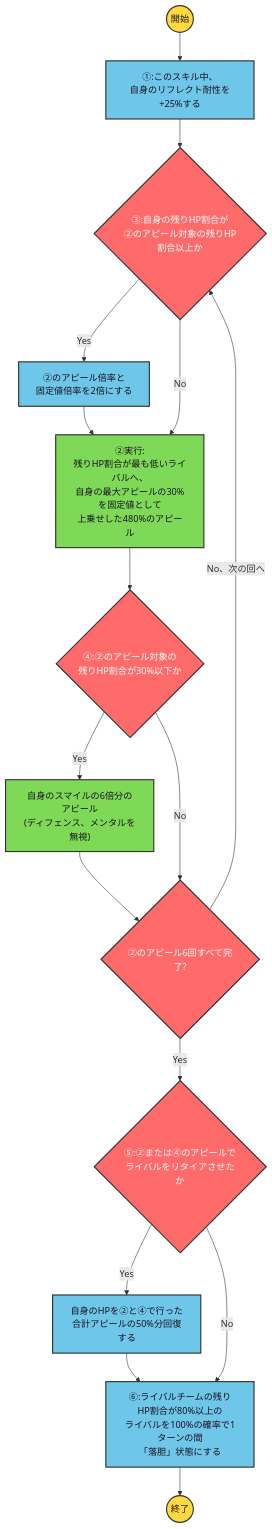
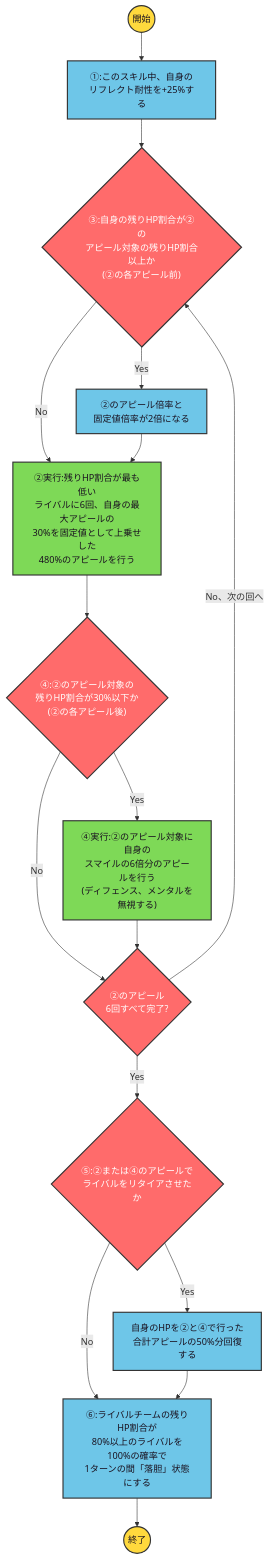
One commit to ryomochi0918/nogifra-characters changed the diagram in data/iwamoto_renka/monopoly_skill2.mmd. Above: the diagram before and after it, drawn with Mermaid. The commit also changed 763 other files, not shown here.

```diff
--- a/data/iwamoto_renka/monopoly_skill2.mmd
+++ b/data/iwamoto_renka/monopoly_skill2.mmd
@@ -1,15 +1,21 @@
 flowchart TD
     classDef startend fill:#FFD93D,stroke:#333,stroke-width:2px,color:#1a1220;
     classDef cond fill:#FF6B6B,stroke:#333,stroke-width:2px,color:#ffffff;
     classDef effect fill:#6EC6E8,stroke:#333,stroke-width:2px,color:#1a1220;
     classDef action fill:#7ED957,stroke:#333,stroke-width:2px,color:#1a1220;
 
-    start(("開始")):::startend --> e1["①:このスキル中、<br/>自身のリフレクト耐性を+25%する"]:::effect --> c3{"③:自身の残りHP割合が<br/>②のアピール対象の残りHP割合以上か"}:::cond
-    c3 -->|"Yes"| e3["②のアピール倍率と<br/>固定値倍率を2倍にする"]:::effect --> a2
-    c3 -->|"No"| a2["②実行:<br/>残りHP割合が最も低いライバルへ、<br/>自身の最大アピールの30%を固定値として<br/>上乗せした480%のアピール"]:::action --> c4{"④:②のアピール対象の<br/>残りHP割合が30%以下か"}:::cond
-    c4 -->|"Yes"| a4["自身のスマイルの6倍分のアピール<br/>(ディフェンス、メンタルを無視)"]:::action --> lc2
-    c4 -->|"No"| lc2{"②のアピール6回すべて完了?"}:::cond
+    start(("開始")):::startend --> e1["①:このスキル中、自身の<br/>リフレクト耐性を+25%する"]:::effect
+    e1 --> c3{"③:自身の残りHP割合が②の<br/>アピール対象の残りHP割合以上か<br/>(②の各アピール前)"}:::cond
+    c3 -->|"Yes"| e3["②のアピール倍率と<br/>固定値倍率が2倍になる"]:::effect
+    c3 -->|"No"| a2["②実行:残りHP割合が最も低い<br/>ライバルに6回、自身の最大アピールの<br/>30%を固定値として上乗せした<br/>480%のアピールを行う"]:::action
+    e3 --> a2
+    a2 --> c4{"④:②のアピール対象の<br/>残りHP割合が30%以下か<br/>(②の各アピール後)"}:::cond
+    c4 -->|"Yes"| a4["④実行:②のアピール対象に自身の<br/>スマイルの6倍分のアピールを行う<br/>(ディフェンス、メンタルを無視する)"]:::action
+    c4 -->|"No"| lc2{"②のアピール<br/>6回すべて完了?"}:::cond
+    a4 --> lc2
+    lc2 -->|"Yes"| c5{"⑤:②または④のアピールで<br/>ライバルをリタイアさせたか"}:::cond
     lc2 -->|"No、次の回へ"| c3
-    lc2 -->|"Yes"| c5{"⑤:②または④のアピールで<br/>ライバルをリタイアさせたか"}:::cond
-    c5 -->|"Yes"| e5["自身のHPを②と④で行った<br/>合計アピールの50%分回復する"]:::effect --> e6
-    c5 -->|"No"| e6["⑥:ライバルチームの残りHP割合が80%以上の<br/>ライバルを100%の確率で1ターンの間<br/>「落胆」状態にする"]:::effect --> finish(("終了")):::startend
+    c5 -->|"Yes"| e5["自身のHPを②と④で行った<br/>合計アピールの50%分回復する"]:::effect
+    c5 -->|"No"| e6["⑥:ライバルチームの残りHP割合が<br/>80%以上のライバルを100%の確率で<br/>1ターンの間「落胆」状態にする"]:::effect
+    e5 --> e6
+    e6 --> finish(("終了")):::startend
```
